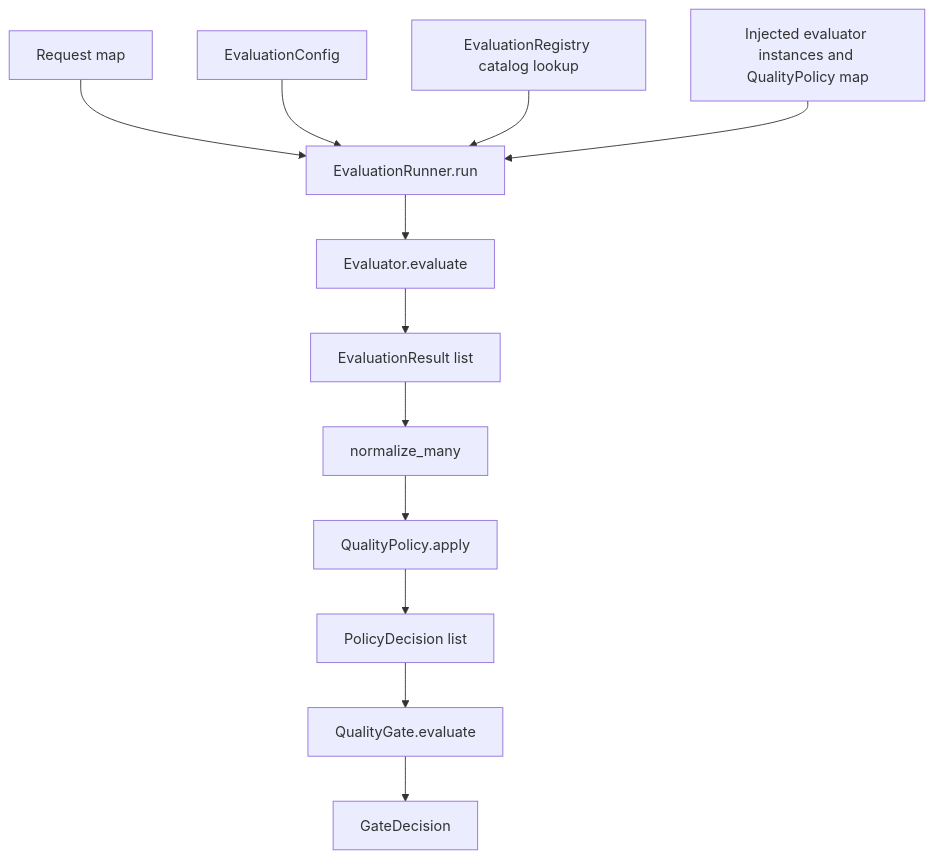
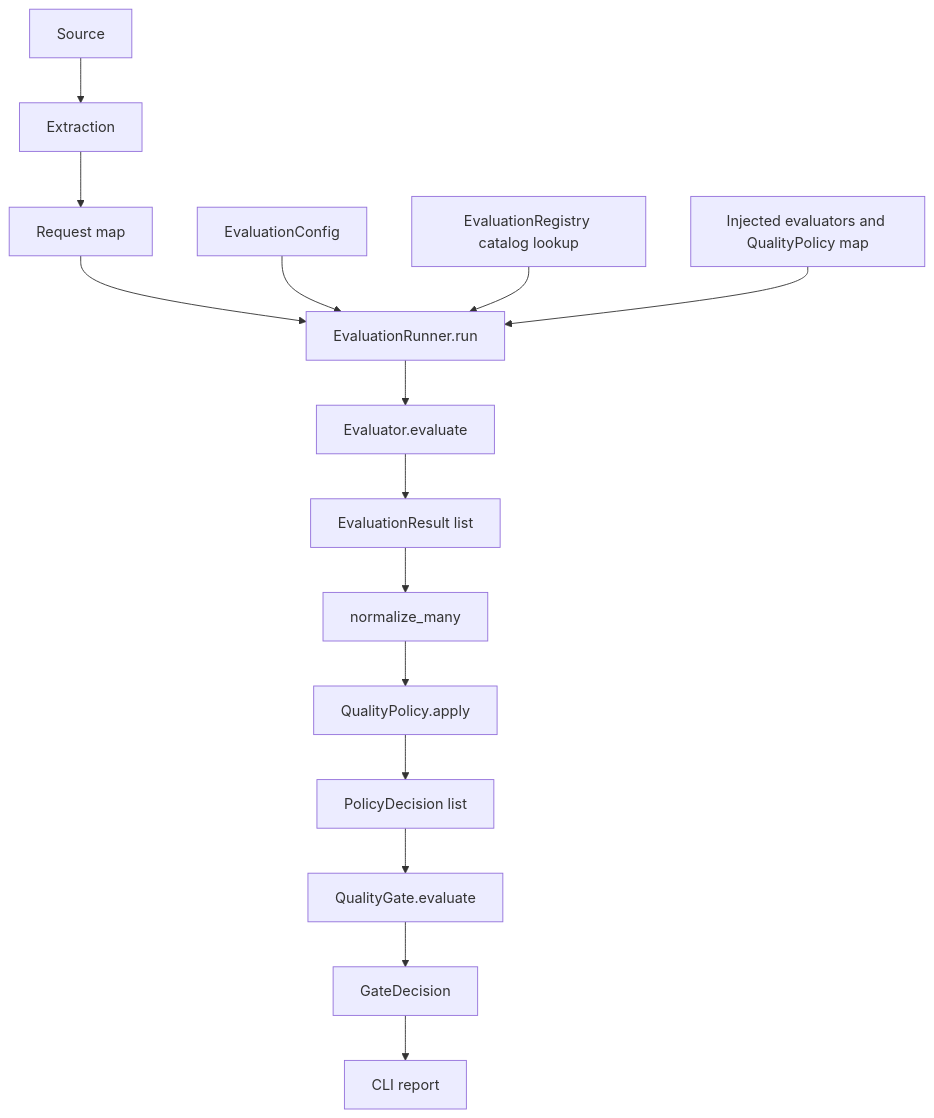
The diagram in README.md (atagare1/llm-rag-evaluation-ragas), drawn with Mermaid before and after one commit. The commit also changed other lines of this file and 89 other files, not shown here.

````diff
--- a/README.md
+++ b/README.md
@@ -115,14 +47,17 @@
 ```mermaid
 flowchart TD
-    T[Request map] --> R[EvaluationRunner.run]
+    S[Source] --> X[Extraction]
+    X --> T[Request map]
+    T --> R[EvaluationRunner.run]
     C[EvaluationConfig] --> R
     Reg[EvaluationRegistry catalog lookup] --> R
-    Inj[Injected evaluator instances and QualityPolicy map] --> R
+    Inj[Injected evaluators and QualityPolicy map] --> R
     R --> E[Evaluator.evaluate]
     E --> F[EvaluationResult list]
     F --> G[normalize_many]
     G --> H[QualityPolicy.apply]
     H --> PD[PolicyDecision list]
     PD --> I[QualityGate.evaluate]
     I --> J[GateDecision]
+    J --> K[CLI report]
 ```
````
